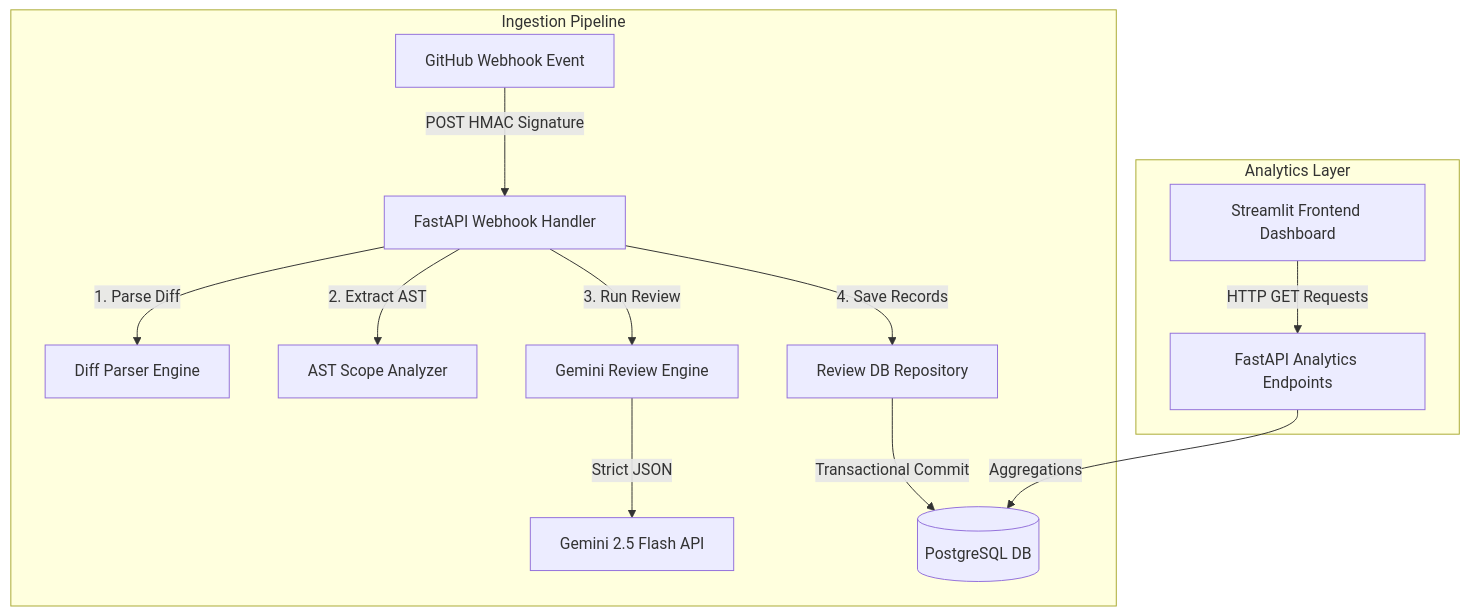
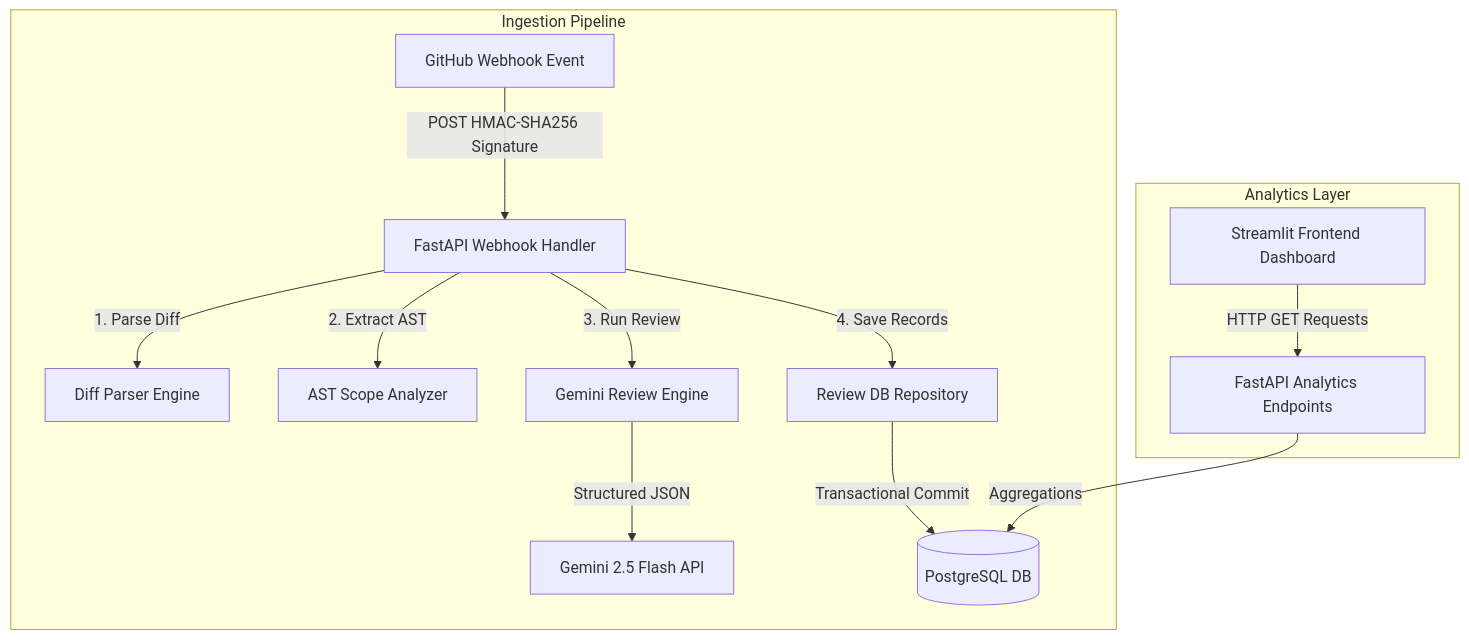
One commit to milimathew2005/CRIS-Code-Review-Intelligence-System changed the diagram in README.md. Above: the diagram before and after it, drawn with Mermaid. The commit also changed other lines of this file, not shown here.

````diff
--- a/README.md
+++ b/README.md
@@ -16,17 +46,17 @@
 ```mermaid
 graph TD
     subgraph Ingestion Pipeline
-        GH[GitHub Webhook Event] -->|POST HMAC Signature| API[FastAPI Webhook Handler]
+        GH[GitHub Webhook Event] -->|POST HMAC-SHA256 Signature| API[FastAPI Webhook Handler]
         API -->|1. Parse Diff| DP[Diff Parser Engine]
         API -->|2. Extract AST| AST[AST Scope Analyzer]
         API -->|3. Run Review| GE[Gemini Review Engine]
-        GE -->|Strict JSON| GEM[Gemini 2.5 Flash API]
+        GE -->|Structured JSON| GEM[Gemini 2.5 Flash API]
         API -->|4. Save Records| REPO[Review DB Repository]
         REPO -->|Transactional Commit| DB[(PostgreSQL DB)]
     end
 
     subgraph Analytics Layer
         Dashboard[Streamlit Frontend Dashboard] -->|HTTP GET Requests| API_A[FastAPI Analytics Endpoints]
         API_A -->|Aggregations| DB
     end
 ```
````
